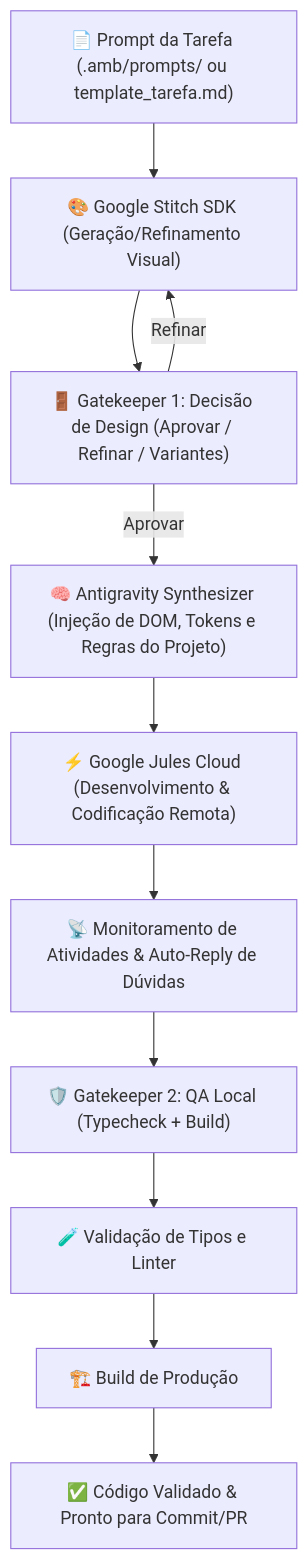
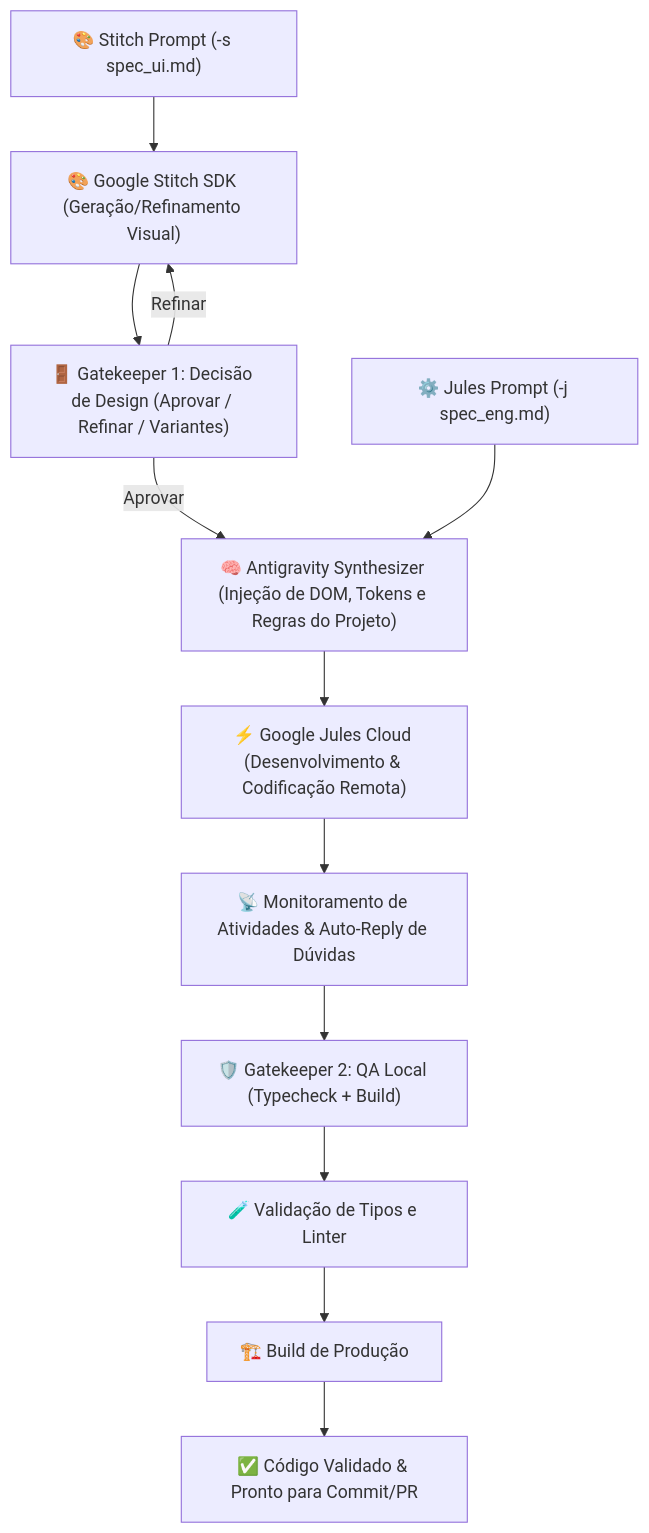
One commit to DiogoLuisHS/amb_v2 changed the diagram in pipeline/README.md. Above: the diagram before and after it, drawn with Mermaid. The commit also changed other lines of this file and 4 other files, not shown here.

````diff
--- a/pipeline/README.md
+++ b/pipeline/README.md
@@ -9,13 +13,14 @@
 ```mermaid
 graph TD
-    A["📄 Prompt da Tarefa (.amb/prompts/ ou template_tarefa.md)"] --> B["🎨 Google Stitch SDK (Geração/Refinamento Visual)"]
+    A1["🎨 Stitch Prompt (-s spec_ui.md)"] --> B["🎨 Google Stitch SDK (Geração/Refinamento Visual)"]
     B --> C["🚪 Gatekeeper 1: Decisão de Design (Aprovar / Refinar / Variantes)"]
     C -->|Aprovar| D["🧠 Antigravity Synthesizer (Injeção de DOM, Tokens e Regras do Projeto)"]
     C -->|Refinar| B
+    A2["⚙️ Jules Prompt (-j spec_eng.md)"] --> D
     D --> E["⚡ Google Jules Cloud (Desenvolvimento & Codificação Remota)"]
     E --> F["📡 Monitoramento de Atividades & Auto-Reply de Dúvidas"]
     F --> G["🛡️ Gatekeeper 2: QA Local (Typecheck + Build)"]
     G --> H["🧪 Validação de Tipos e Linter"]
     H --> I["🏗️ Build de Produção"]
     I --> J["✅ Código Validado & Pronto para Commit/PR"]
 ```
````
